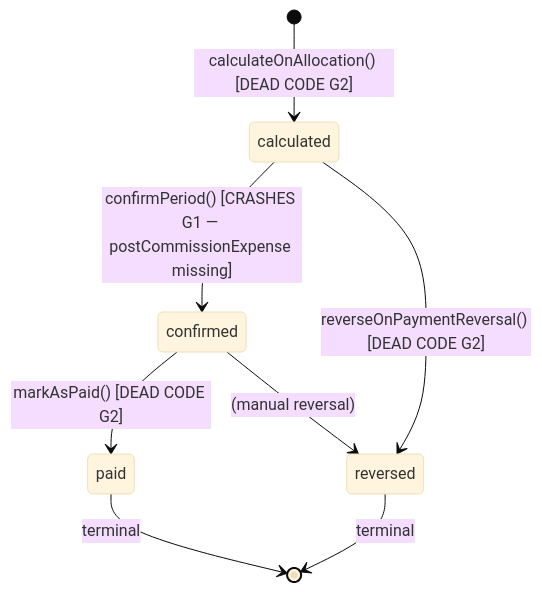
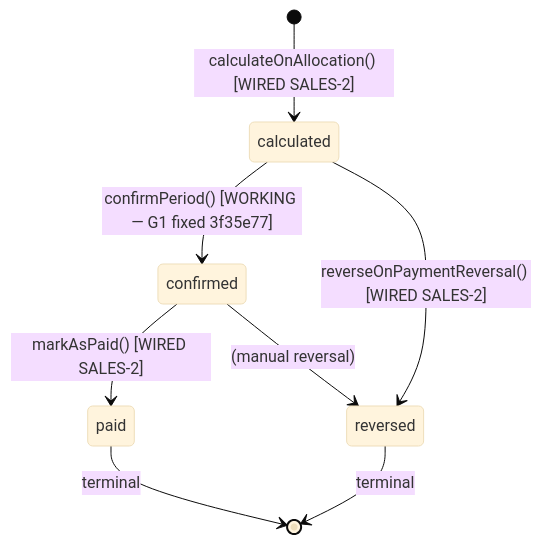
Before and after one commit to sajidchowdhury/debugRC: the diagram in AI_CONTEXT/sales/commission.md, drawn with Mermaid (base theme). The commit also changed other lines of this file and 3 other files, not shown here.

First line of the commit message:
fix(sales): wire commission auto-calc pipeline into callers (SALES-2, G2/G-058)

````diff
--- a/AI_CONTEXT/sales/commission.md
+++ b/AI_CONTEXT/sales/commission.md
@@ -267,10 +271,10 @@
 ```mermaid
 stateDiagram-v2
-    [*] --> calculated: calculateOnAllocation() [DEAD CODE G2]
-    calculated --> confirmed: confirmPeriod() [CRASHES G1 — postCommissionExpense missing]
-    confirmed --> paid: markAsPaid() [DEAD CODE G2]
-    calculated --> reversed: reverseOnPaymentReversal() [DEAD CODE G2]
+    [*] --> calculated: calculateOnAllocation() [WIRED SALES-2]
+    calculated --> confirmed: confirmPeriod() [WORKING — G1 fixed 3f35e77]
+    confirmed --> paid: markAsPaid() [WIRED SALES-2]
+    calculated --> reversed: reverseOnPaymentReversal() [WIRED SALES-2]
     confirmed --> reversed: (manual reversal)
     paid --> [*]: terminal
     reversed --> [*]: terminal
 ```
````
